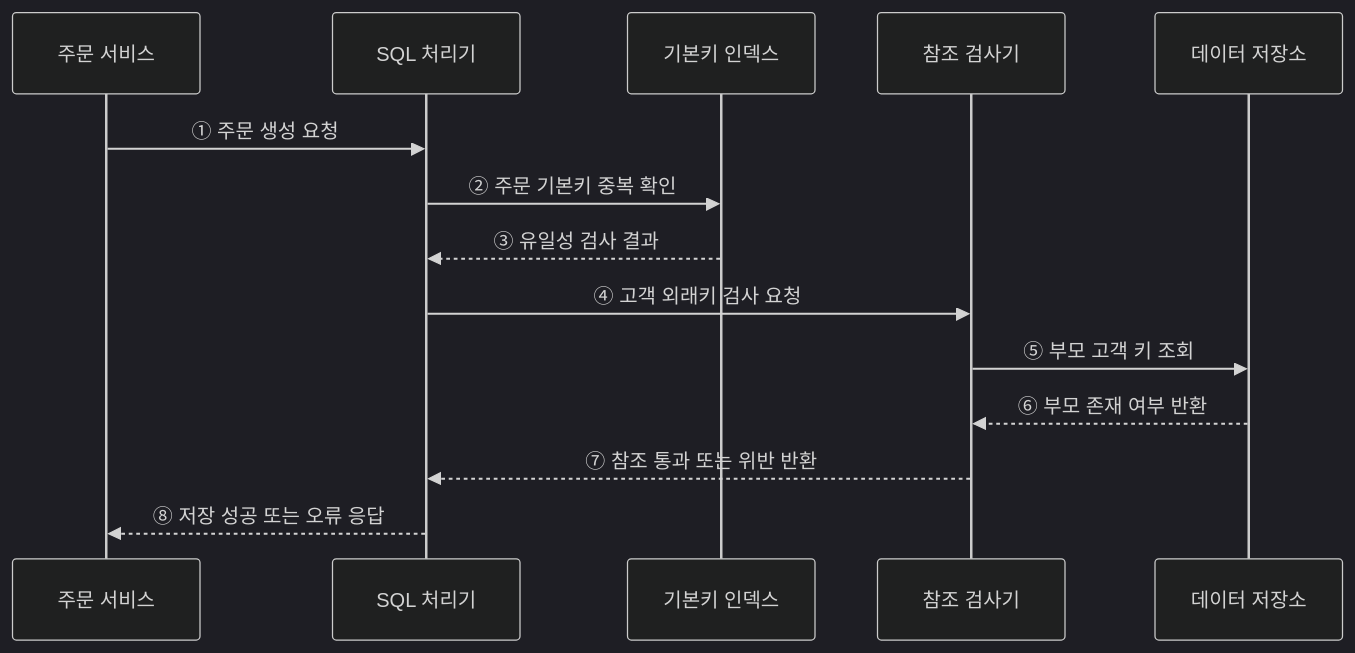
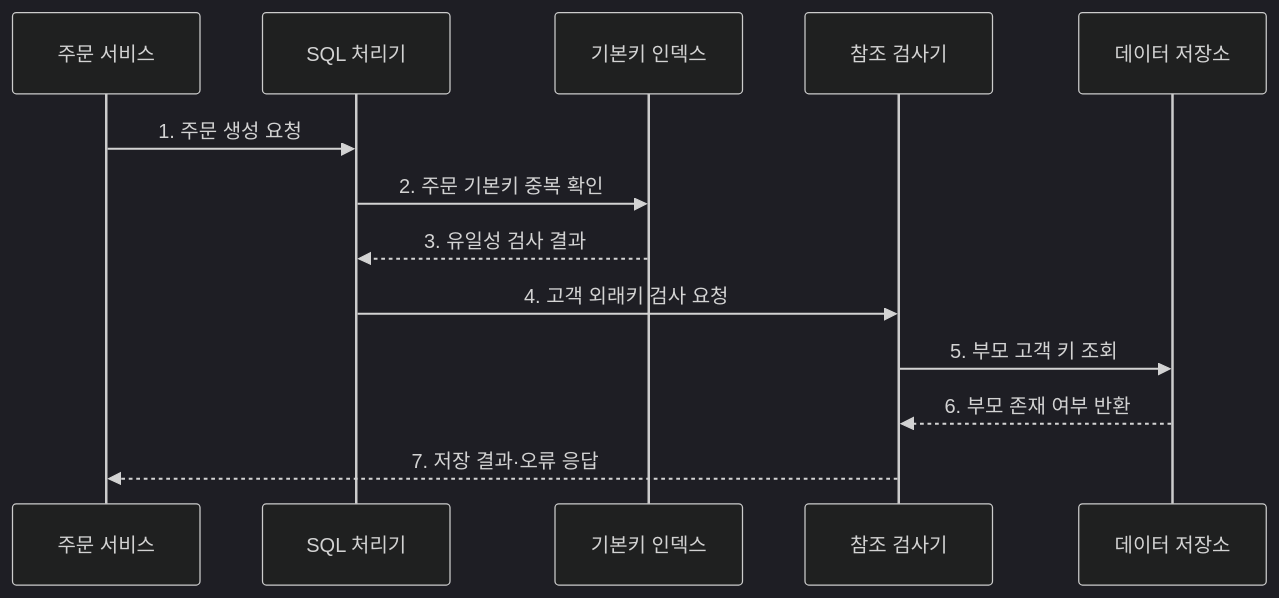
Before and after one commit to agnusdei1207/knowledge-base: the second of 2 diagrams in src/content/docs/notes/03-software/092_entity_referential_integrity.md, drawn with Mermaid (dark theme). The commit also changed other lines of this file and 20 other files, not shown here.

````diff
--- a/src/content/docs/notes/03-software/092_entity_referential_integrity.md
+++ b/src/content/docs/notes/03-software/092_entity_referential_integrity.md
@@ -72,16 +77,15 @@
 ```mermaid
 sequenceDiagram
     participant APP as 주문 서비스
     participant SQL as SQL 처리기
     participant PK as 기본키 인덱스
     participant FK as 참조 검사기
     participant DB as 데이터 저장소
-    APP->>SQL: ① 주문 생성 요청
-    SQL->>PK: ② 주문 기본키 중복 확인
-    PK-->>SQL: ③ 유일성 검사 결과
-    SQL->>FK: ④ 고객 외래키 검사 요청
-    FK->>DB: ⑤ 부모 고객 키 조회
-    DB-->>FK: ⑥ 부모 존재 여부 반환
-    FK-->>SQL: ⑦ 참조 통과 또는 위반 반환
-    SQL-->>APP: ⑧ 저장 성공 또는 오류 응답
+    APP->>SQL: 1. 주문 생성 요청
+    SQL->>PK: 2. 주문 기본키 중복 확인
+    PK-->>SQL: 3. 유일성 검사 결과
+    SQL->>FK: 4. 고객 외래키 검사 요청
+    FK->>DB: 5. 부모 고객 키 조회
+    DB-->>FK: 6. 부모 존재 여부 반환
+    FK-->>APP: 7. 저장 결과·오류 응답
 ```
````
